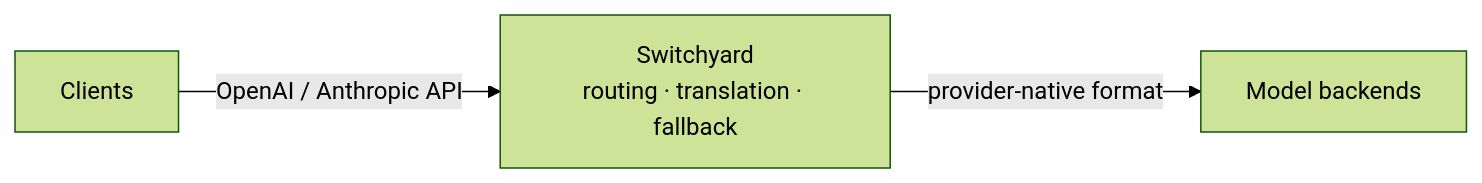
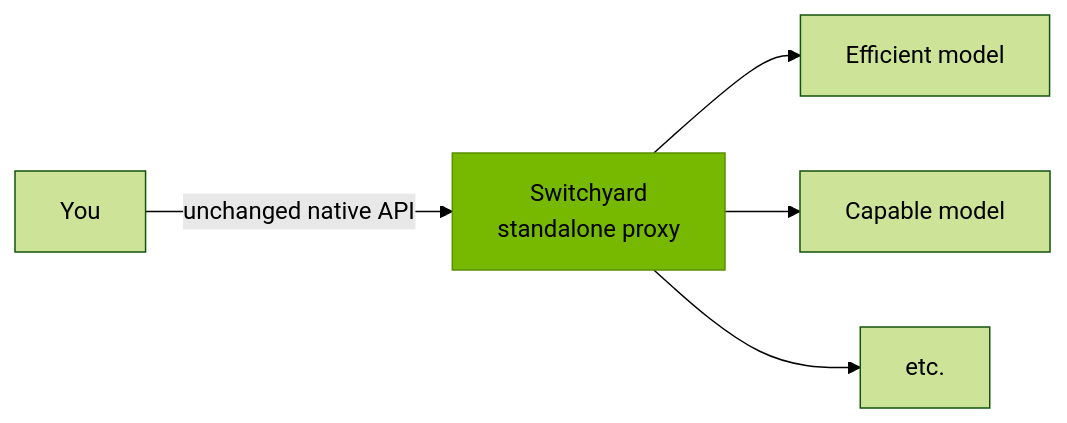
One commit to ChenPy00/GitHub-Trending-Fetcher changed the third of 3 diagrams in data/github_trending/projects/NVIDIA-NeMo__Switchyard.md. Above: the diagram before and after it, drawn with Mermaid (forest theme). The commit also changed other lines of this file and 26 other files, not shown here.

````diff
--- a/data/github_trending/projects/NVIDIA-NeMo__Switchyard.md
+++ b/data/github_trending/projects/NVIDIA-NeMo__Switchyard.md
@@ -120,9 +96,9 @@
 ```mermaid
 flowchart LR
-    clients["Clients"]
-    switchyard["Switchyard<br/>routing · translation · fallback"]
-    backends["Model backends"]
-
-    clients -->|"OpenAI / Anthropic API"| switchyard
-    switchyard -->|"provider-native format"| backends
+    P["Switchyard<br/>standalone proxy"]
+    P--> M["Efficient model"]
+    P--> N["Capable model"]
+    P--> O[etc.]
+    G[You] -->|"unchanged native API"| P
+    style P fill:#76B900,stroke:#5A8F00,color:#000
 ```
````
